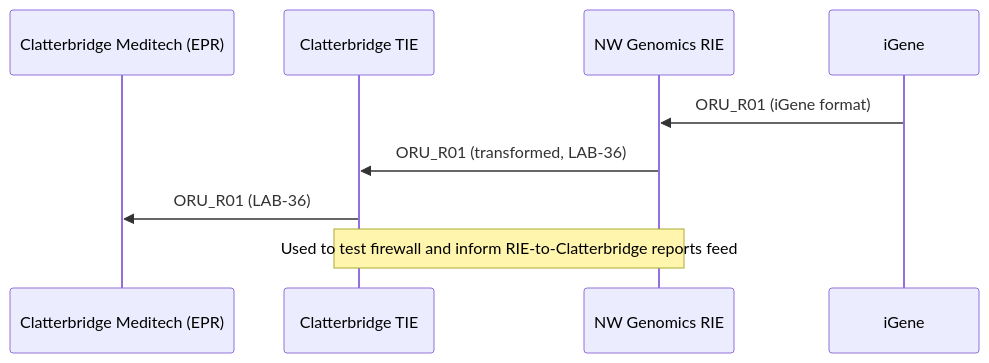
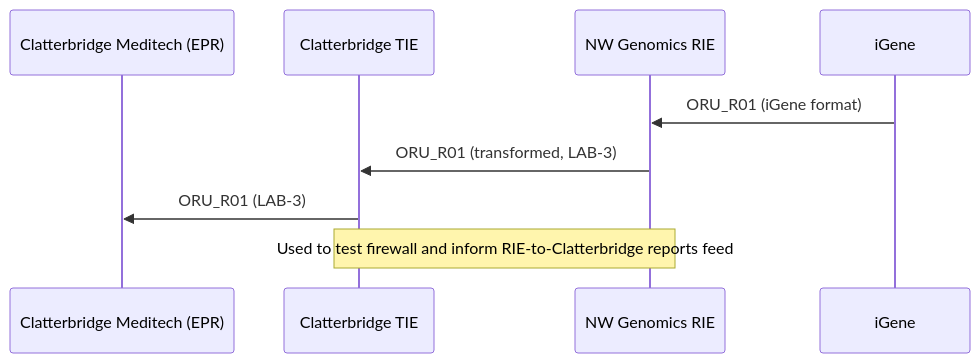
One commit to nw-gmsa/nw-gmsa.github.com changed the third of 4 diagrams in input/pagecontent/HistocompatibilityAndImmunogenetics.md. Above: the diagram before and after it, drawn with Mermaid. The commit also changed other lines of this file, not shown here.

````diff
--- a/input/pagecontent/HistocompatibilityAndImmunogenetics.md
+++ b/input/pagecontent/HistocompatibilityAndImmunogenetics.md
@@ -70,13 +70,13 @@
 ```mermaid
 sequenceDiagram
     participant CM as Clatterbridge Meditech (EPR)
     participant CTIE as Clatterbridge TIE
     participant RIE as NW Genomics RIE
     participant iGene as iGene
 
     iGene->>RIE: ORU_R01 (iGene format)
-    RIE->>CTIE: ORU_R01 (transformed, LAB-36)
-    CTIE->>CM: ORU_R01 (LAB-36)
+    RIE->>CTIE: ORU_R01 (transformed, LAB-3)
+    CTIE->>CM: ORU_R01 (LAB-3)
 
     Note over CTIE,RIE: Used to test firewall and inform RIE-to-Clatterbridge reports feed
 ```
````
